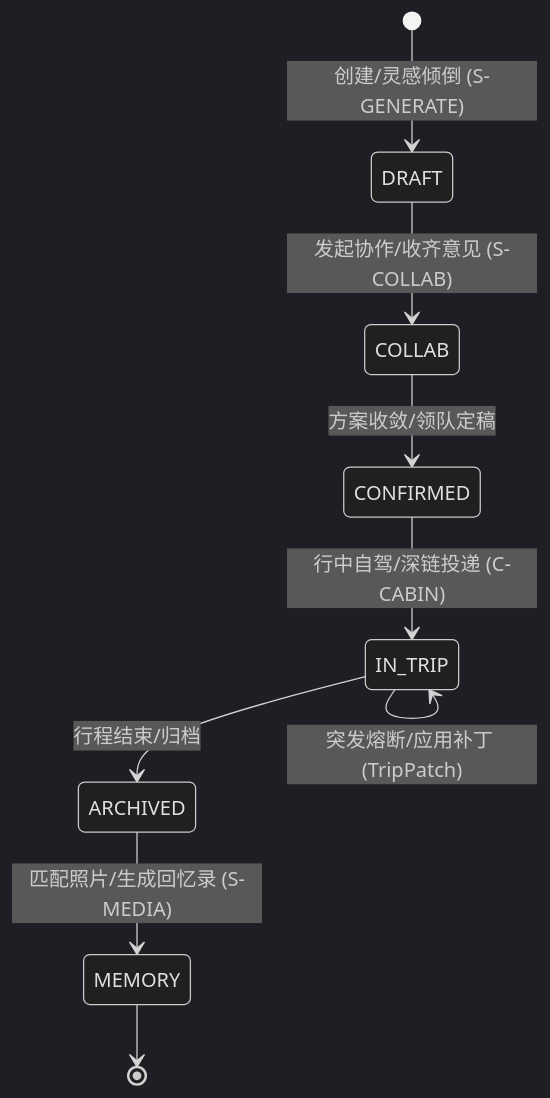
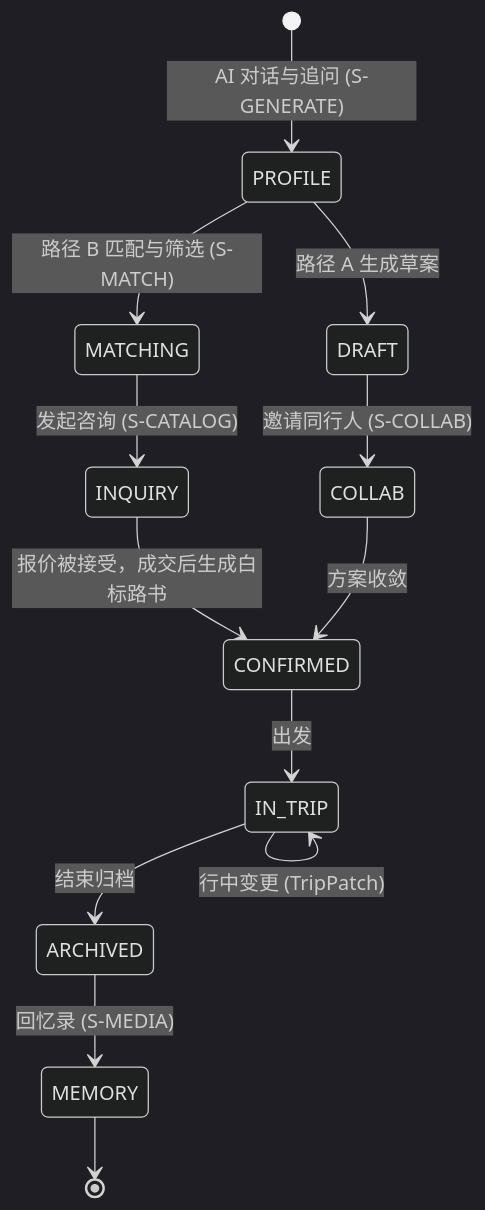
Before and after one commit to JohnMaxwell0123/TripCraft: the third of 3 diagrams in docs/architecture/ARC-02-domain-data-model.md, drawn with Mermaid (dark theme). The commit also changed other lines of this file and 55 other files, not shown here.

````diff
--- a/docs/architecture/ARC-02-domain-data-model.md
+++ b/docs/architecture/ARC-02-domain-data-model.md
@@ -142,11 +167,15 @@
 ```mermaid
 stateDiagram-v2
-    [*] --> DRAFT : 创建/灵感倾倒 (S-GENERATE)
-    DRAFT --> COLLAB : 发起协作/收齐意见 (S-COLLAB)
-    COLLAB --> CONFIRMED : 方案收敛/领队定稿
-    CONFIRMED --> IN_TRIP : 行中自驾/深链投递 (C-CABIN)
-    IN_TRIP --> IN_TRIP : 突发熔断/应用补丁 (TripPatch)
-    IN_TRIP --> ARCHIVED : 行程结束/归档
-    ARCHIVED --> MEMORY : 匹配照片/生成回忆录 (S-MEDIA)
+    [*] --> PROFILE : AI 对话与追问 (S-GENERATE)
+    PROFILE --> DRAFT : 路径 A 生成草案
+    PROFILE --> MATCHING : 路径 B 匹配与筛选 (S-MATCH)
+    MATCHING --> INQUIRY : 发起咨询 (S-CATALOG)
+    INQUIRY --> CONFIRMED : 报价被接受，成交后生成白标路书
+    DRAFT --> COLLAB : 邀请同行人 (S-COLLAB)
+    COLLAB --> CONFIRMED : 方案收敛
+    CONFIRMED --> IN_TRIP : 出发
+    IN_TRIP --> IN_TRIP : 行中变更 (TripPatch)
+    IN_TRIP --> ARCHIVED : 结束归档
+    ARCHIVED --> MEMORY : 回忆录 (S-MEDIA)
     MEMORY --> [*]
 ```
````
